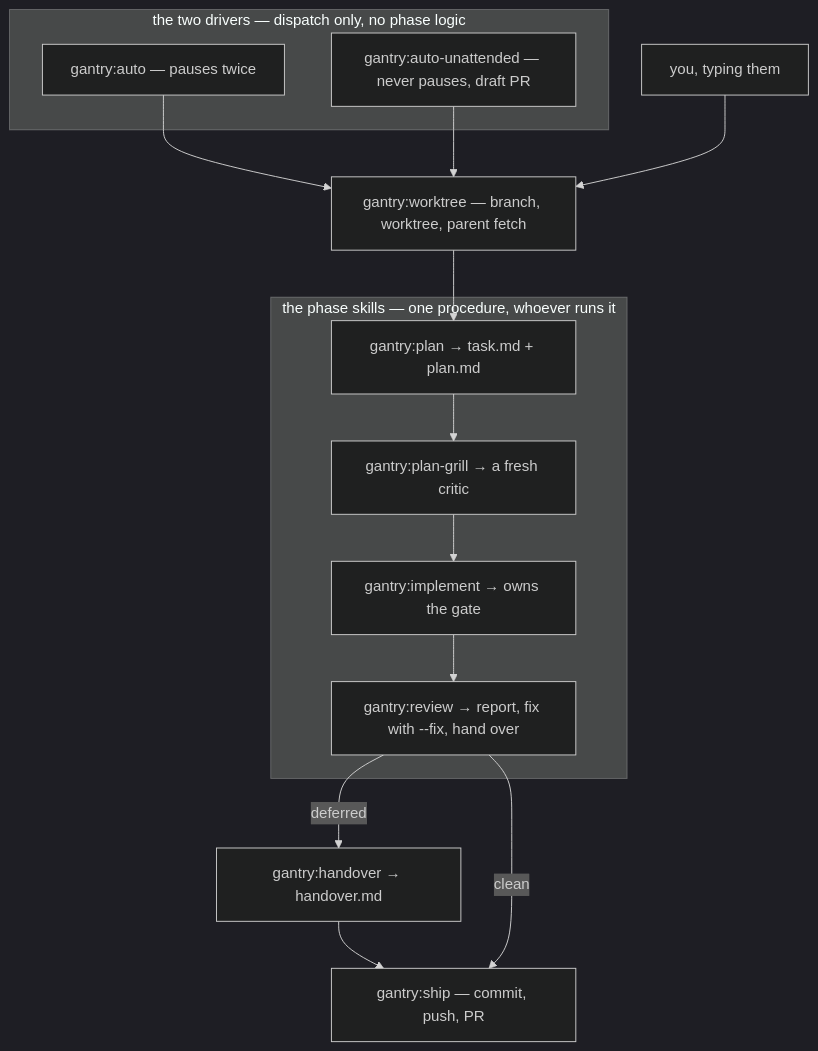
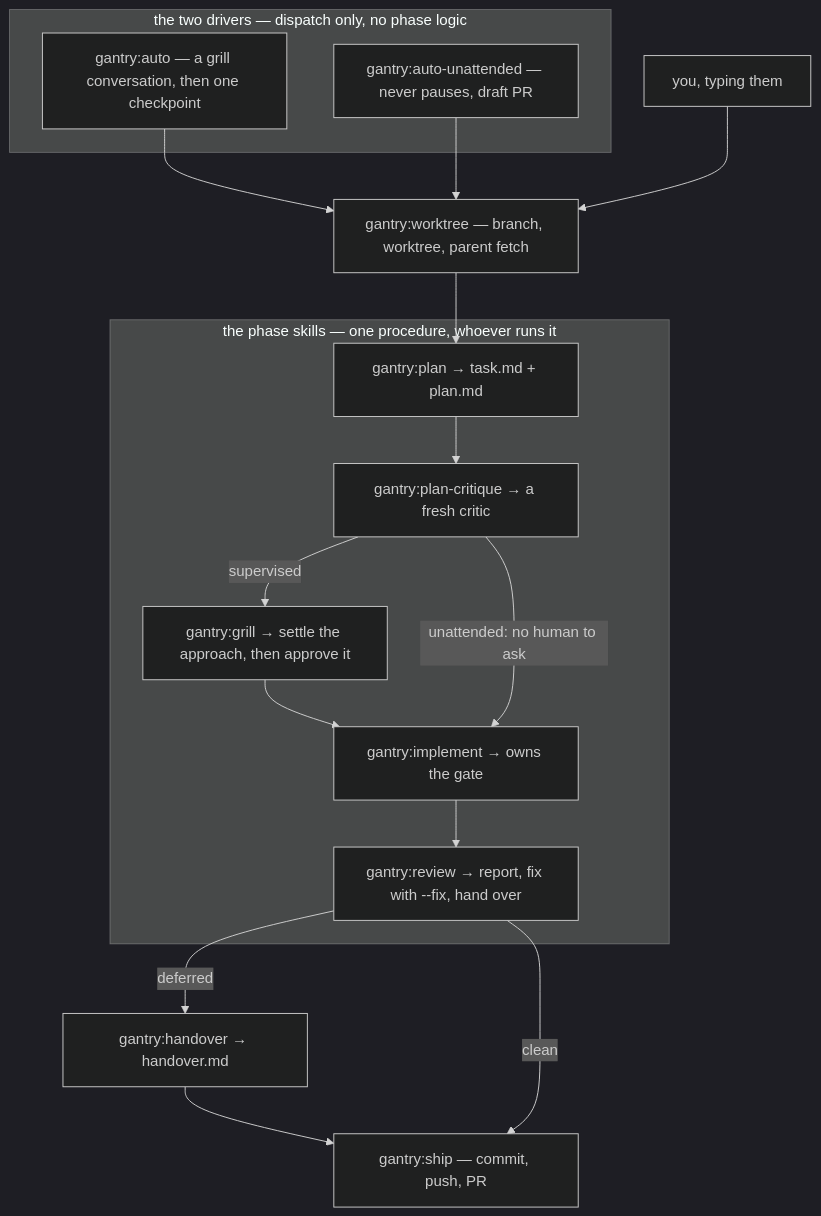
The first of 3 diagrams in docs/ARCHITECTURE.md (kostya-epifanov/claude-gantry), drawn with Mermaid (dark theme) before and after one commit. The commit also changed other lines of this file and 26 other files, not shown here.

````diff
--- a/docs/ARCHITECTURE.md
+++ b/docs/ARCHITECTURE.md
@@ -67,20 +67,22 @@
 ```mermaid
 flowchart TB
   subgraph drivers ["the two drivers — dispatch only, no phase logic"]
-    A["gantry:auto — pauses twice"]
+    A["gantry:auto — a grill conversation, then one checkpoint"]
     U["gantry:auto-unattended — never pauses, draft PR"]
   end
   subgraph chain ["the phase skills — one procedure, whoever runs it"]
-    P["gantry:plan → task.md + plan.md"] --> GR["gantry:plan-grill → a fresh critic"]
-    GR --> I["gantry:implement → owns the gate"]
+    P["gantry:plan → task.md + plan.md"] --> GR["gantry:plan-critique → a fresh critic"]
+    GR -- "supervised" --> GL["gantry:grill → settle the approach, then approve it"]
+    GL --> I["gantry:implement → owns the gate"]
+    GR -- "unattended: no human to ask" --> I
     I --> RV["gantry:review → report, fix with --fix, hand over"]
   end
   W["gantry:worktree — branch, worktree, parent fetch"] --> P
   H["gantry:handover → handover.md"]
   S["gantry:ship — commit, push, PR"]
   A --> W
   U --> W
   You["you, typing them"] --> W
   RV -- "deferred" --> H --> S
   RV -- "clean" --> S
 ```
````
